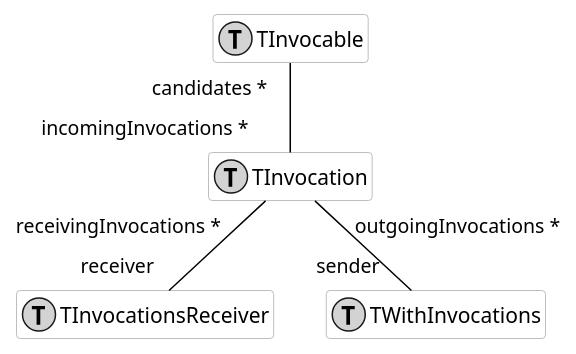
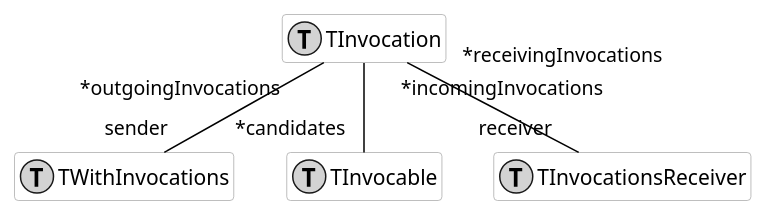
One commit to moosetechnology/moose-wiki changed the diagram in Developers/Diagrams/invocation.puml. Above: the diagram before and after it, drawn with PlantUML. The commit also changed 17 other files, not shown here.

Commit message:
updated uml diagrams

```diff
--- a/Developers/Diagrams/invocation.puml
+++ b/Developers/Diagrams/invocation.puml
@@ -1,27 +1,25 @@
 @startuml
 hide empty members
 
 skinparam class {
   BackgroundColor white
   ArrowColor black
   BorderColor darkGray
 }
 
-class behavior1 as "TInvocable" << (T,lightGrey) >> {
+class TInvocation << (T,lightGrey) >> {
 }
-
-class behavior2 as "TInvocationsReceiver" << (T,lightGrey) >> {
+class TWithInvocations << (T,lightGrey) >> {
 }
-
-class behavior3 as "TWithInvocations" << (T,lightGrey) >> {
+class TInvocable << (T,lightGrey) >> {
 }
-
-class behavior4 as "TInvocation" << (T,lightGrey) >> {
+class TInvocationsReceiver << (T,lightGrey) >> {
 }
 
 
-behavior1 "candidates * " -[#black]- "incomingInvocations * " behavior4
-behavior4 "outgoingInvocations * " -[#black]- "sender  " behavior3
-behavior4 "receivingInvocations * " -[#black]- "receiver  " behavior2
+TInvocation " *receivingInvocations" -- "receiver" TInvocationsReceiver
+TInvocation " *outgoingInvocations" -- "sender" TWithInvocations
+TInvocation " *incomingInvocations" -- " *candidates" TInvocable
+
 
 @enduml
```
